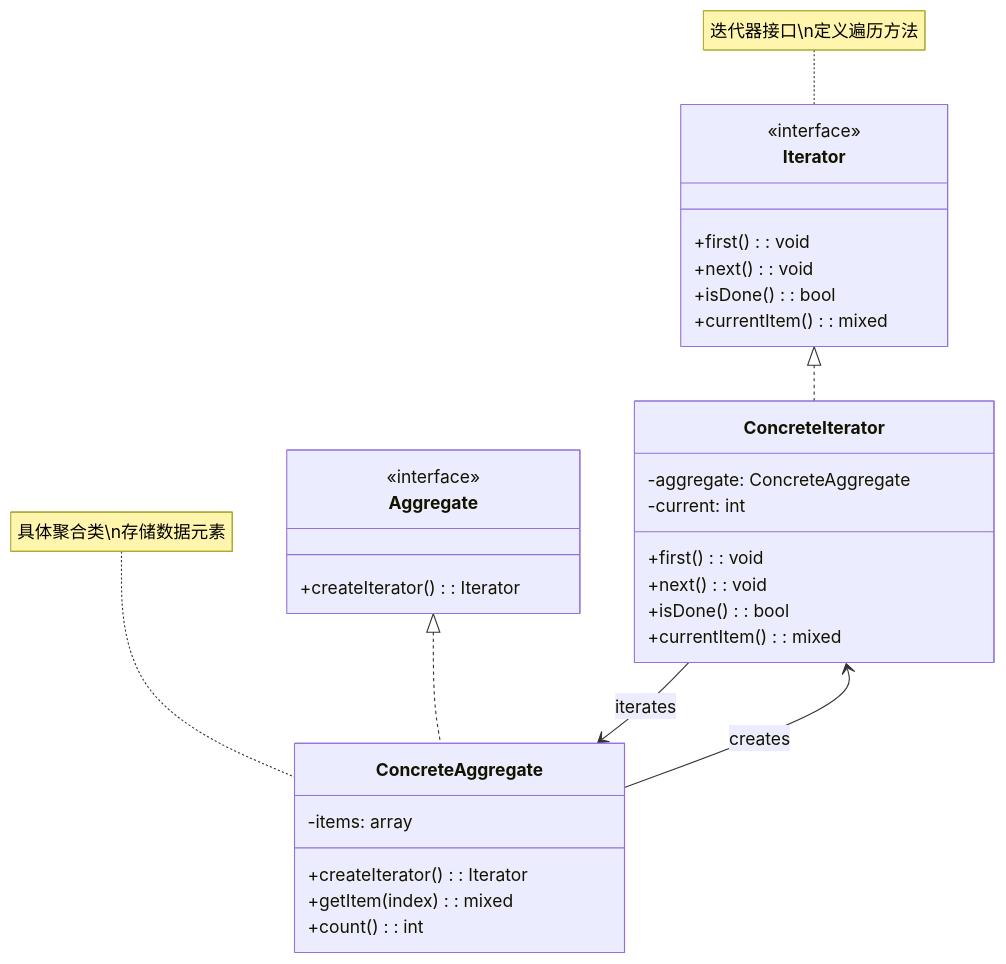
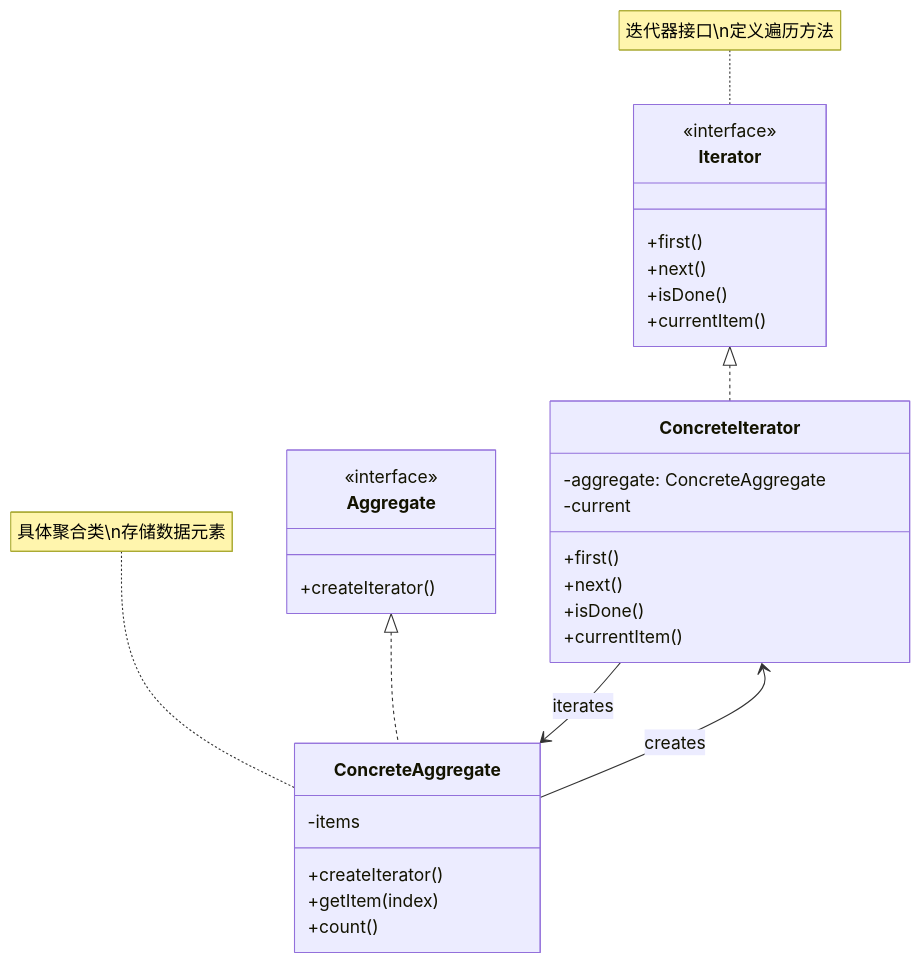
The first of 7 diagrams in resources/design-patterns/laravel/behavioral/iterator_zh.md (fanly/DesignPattern), drawn with Mermaid before and after one commit. The commit also changed other lines of this file and 103 other files, not shown here.

````diff
--- a/resources/design-patterns/laravel/behavioral/iterator_zh.md
+++ b/resources/design-patterns/laravel/behavioral/iterator_zh.md
@@ -10,39 +10,39 @@
 ```mermaid
 classDiagram
     class Iterator {
         <<interface>>
-        +first(): void
-        +next(): void
-        +isDone(): bool
-        +currentItem(): mixed
+        +first()
+        +next()
+        +isDone()
+        +currentItem()
     }
     
     class ConcreteIterator {
         -aggregate: ConcreteAggregate
-        -current: int
-        +first(): void
-        +next(): void
-        +isDone(): bool
-        +currentItem(): mixed
+        -current
+        +first()
+        +next()
+        +isDone()
+        +currentItem()
     }
     
     class Aggregate {
         <<interface>>
-        +createIterator(): Iterator
+        +createIterator()
     }
     
     class ConcreteAggregate {
-        -items: array
-        +createIterator(): Iterator
-        +getItem(index): mixed
-        +count(): int
+        -items
+        +createIterator()
+        +getItem(index)
+        +count()
     }
     
     Iterator <|.. ConcreteIterator
     Aggregate <|.. ConcreteAggregate
     ConcreteIterator --> ConcreteAggregate : iterates
     ConcreteAggregate --> ConcreteIterator : creates
     
     note for Iterator "迭代器接口\n定义遍历方法"
     note for ConcreteAggregate "具体聚合类\n存储数据元素"
 ```
````
